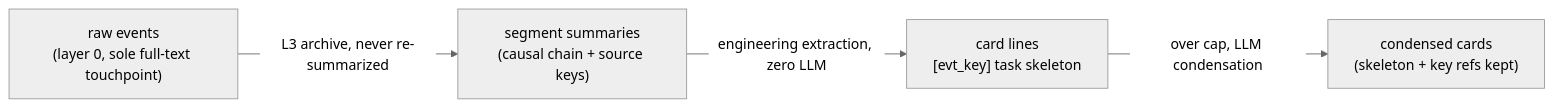
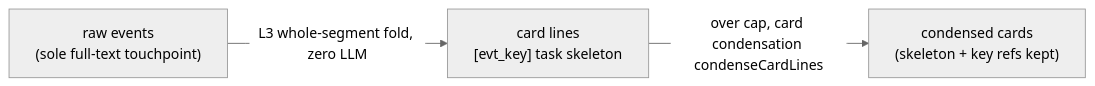
One commit to SpellingDragon/tagent changed the third of 5 diagrams in README_EN.md. Above: the diagram before and after it, drawn with Mermaid (neutral theme). The commit also changed other lines of this file and 59 other files, not shown here.

````diff
--- a/README_EN.md
+++ b/README_EN.md
@@ -134,6 +134,5 @@
 ```mermaid
 graph LR
-    A["raw events<br/>(layer 0, sole full-text touchpoint)"] -->|L3 archive, never re-summarized| B["segment summaries<br/>(causal chain + source keys)"]
-    B -->|engineering extraction, zero LLM| C["card lines<br/>[evt_key] task skeleton"]
-    C -->|over cap, LLM condensation| D["condensed cards<br/>(skeleton + key refs kept)"]
+    A["raw events<br/>(sole full-text touchpoint)"] -->|L3 whole-segment fold, zero LLM| C["card lines<br/>[evt_key] task skeleton"]
+    C -->|over cap, card condensation condenseCardLines| D["condensed cards<br/>(skeleton + key refs kept)"]
 ```
````
